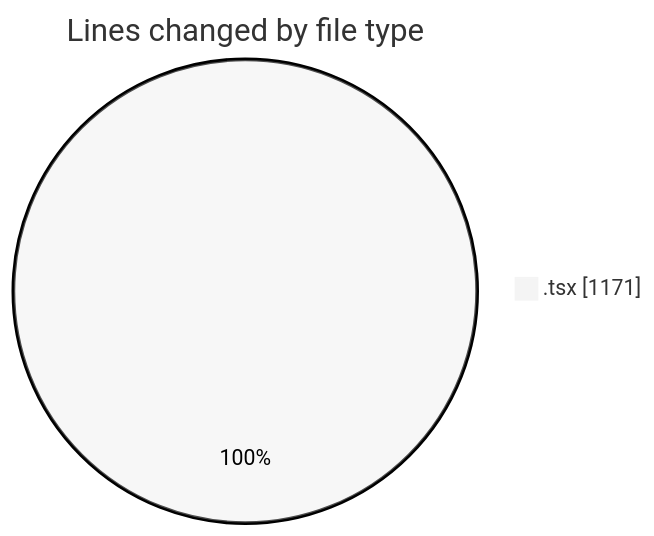
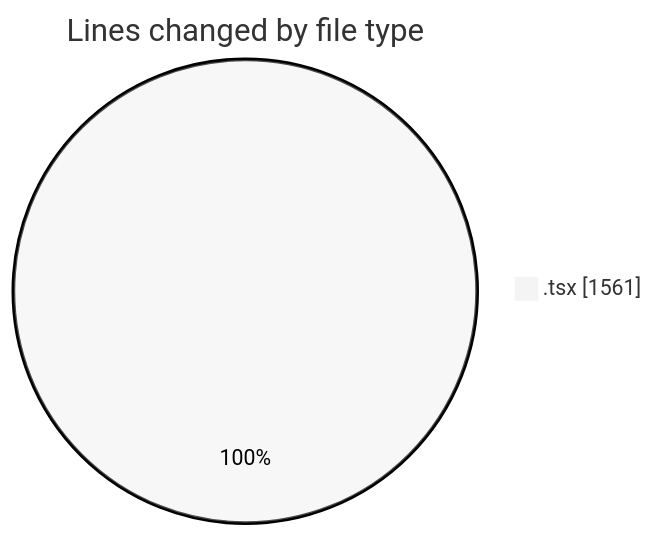
Before and after one commit to momahboobian/code-tracking: the first of 2 diagrams in 2025-04-04/cda/README.md, drawn with Mermaid (neutral theme). The commit also changed other lines of this file and 1 other file, not shown here.

````diff
--- a/2025-04-04/cda/README.md
+++ b/2025-04-04/cda/README.md
@@ -24,5 +25,5 @@
 ```mermaid
 pie showData
 title Lines changed by file type
-".tsx" : 1171
+".tsx" : 1561
 ```
````
